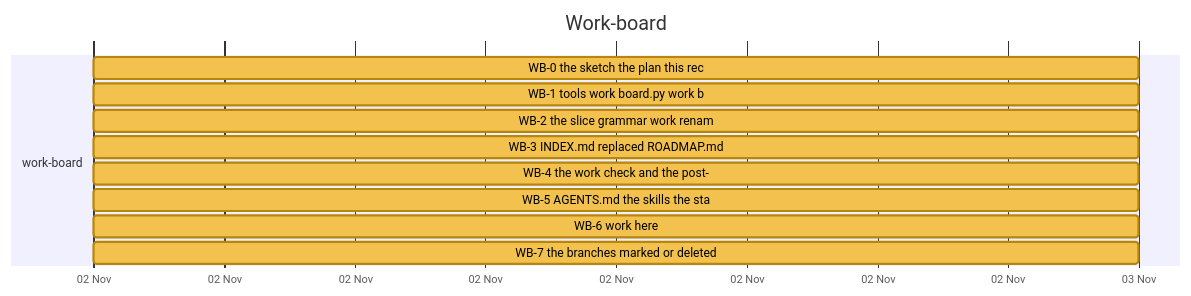
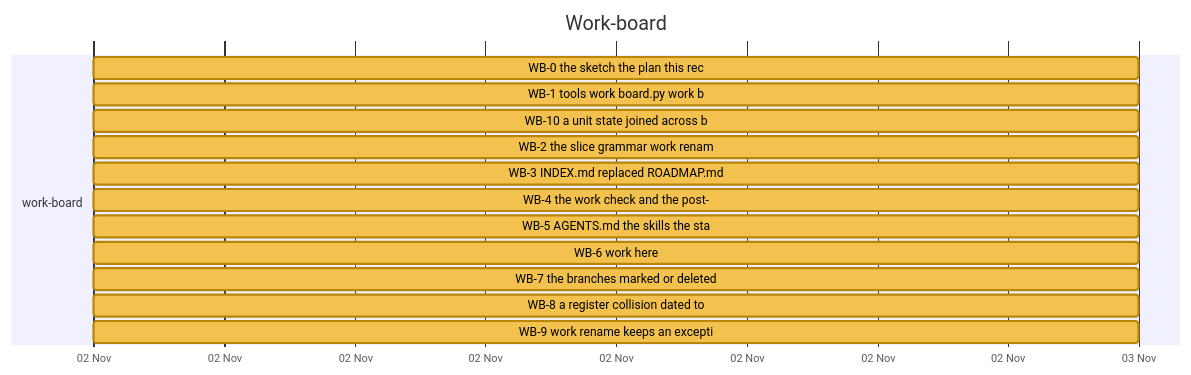
Diagram 17 of 26 in docs/developer/ROADMAP.md (nebularis/lattice), drawn with Mermaid before and after one commit. The commit also changed other lines of this file and 297 other files, not shown here.

````diff
--- a/docs/developer/ROADMAP.md
+++ b/docs/developer/ROADMAP.md
@@ -414,16 +473,19 @@
 ```mermaid
 %%{init: {"themeVariables": {"taskBkgColor": "#f2c14e", "taskBorderColor": "#b8860b", "taskTextColor": "#000000", "activeTaskBkgColor": "#4e9af1", "activeTaskBorderColor": "#1f5fbf", "activeTaskBorderColor": "#1f5fbf", "doneTaskBkgColor": "#8fcf8f", "doneTaskBorderColor": "#2f7d32", "critBkgColor": "#f28b82", "critBorderColor": "#b23a30", "taskTextDarkColor": "#000000", "taskTextLightColor": "#000000"}}}%%
 gantt
     title Work-board
     dateFormat YYYY-MM-DD
     axisFormat %d %b
     section work-board
     WB-0 the sketch the plan this rec :wb0, 2026-11-02, 2026-11-03
     WB-1 tools work board.py work b :wb1, 2026-11-02, 2026-11-03
+    WB-10 a unit state joined across b :wb10, 2026-11-02, 2026-11-03
     WB-2 the slice grammar work renam :wb2, 2026-11-02, 2026-11-03
     WB-3 INDEX.md replaced ROADMAP.md :wb3, 2026-11-02, 2026-11-03
     WB-4 the work check and the post- :wb4, 2026-11-02, 2026-11-03
     WB-5 AGENTS.md the skills the sta :wb5, 2026-11-02, 2026-11-03
     WB-6 work here :wb6, 2026-11-02, 2026-11-03
     WB-7 the branches marked or deleted :wb7, 2026-11-02, 2026-11-03
+    WB-8 a register collision dated to :wb8, 2026-11-02, 2026-11-03
+    WB-9 work rename keeps an excepti :wb9, 2026-11-02, 2026-11-03
 ```
````
